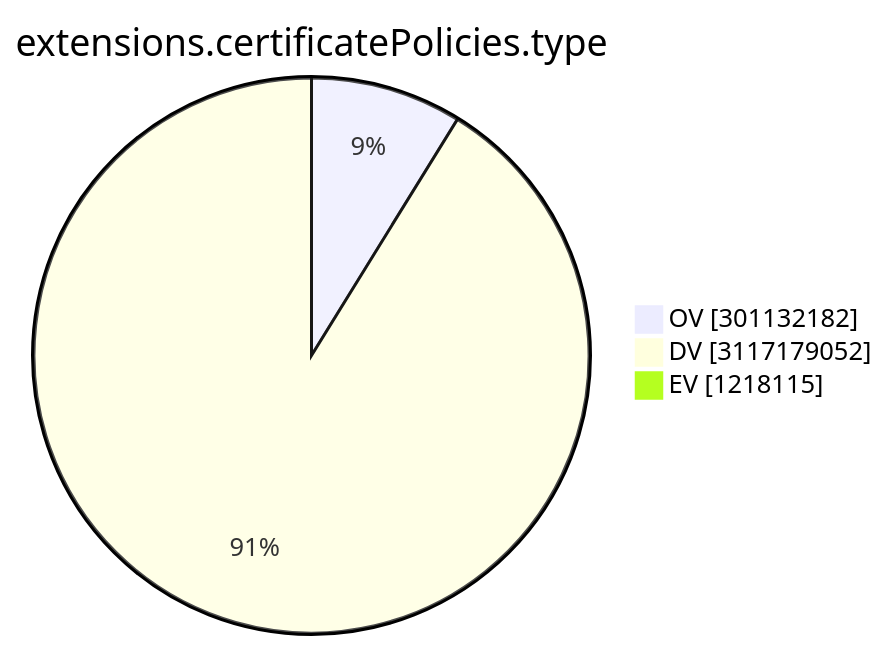
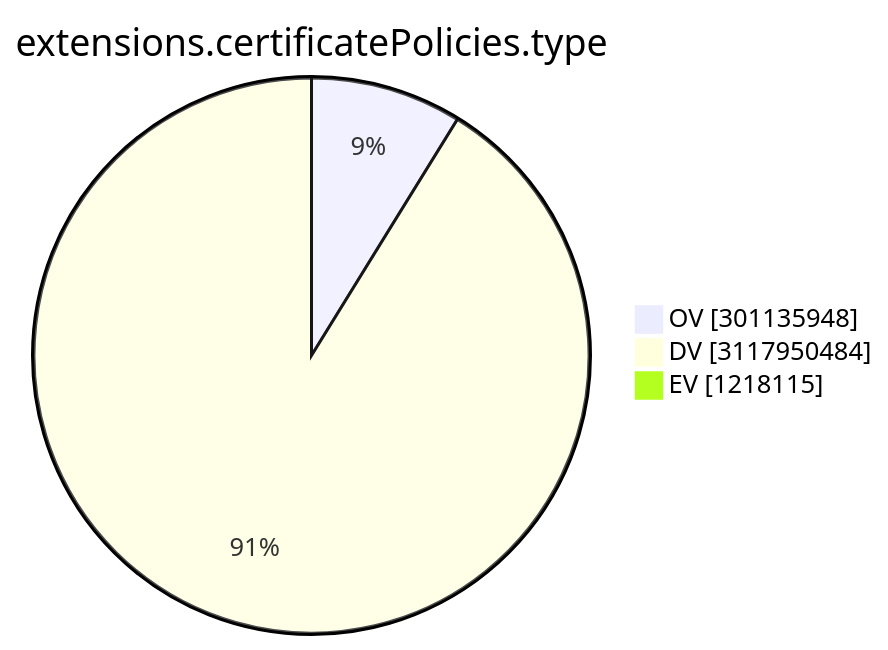
Before and after one commit to christiankrug/ctmonitor_visualization: the ninth of 15 diagrams in TOTAL/README.md, drawn with Mermaid. The commit also changed other lines of this file, not shown here.

````diff
--- a/TOTAL/README.md
+++ b/TOTAL/README.md
@@ -3103,7 +3103,7 @@
 ```mermaid
 pie showData
 title extensions.certificatePolicies.type
-"OV" :301132182
-"DV" :3117179052
+"OV" :301135948
+"DV" :3117950484
 "EV" :1218115
 ```
````
